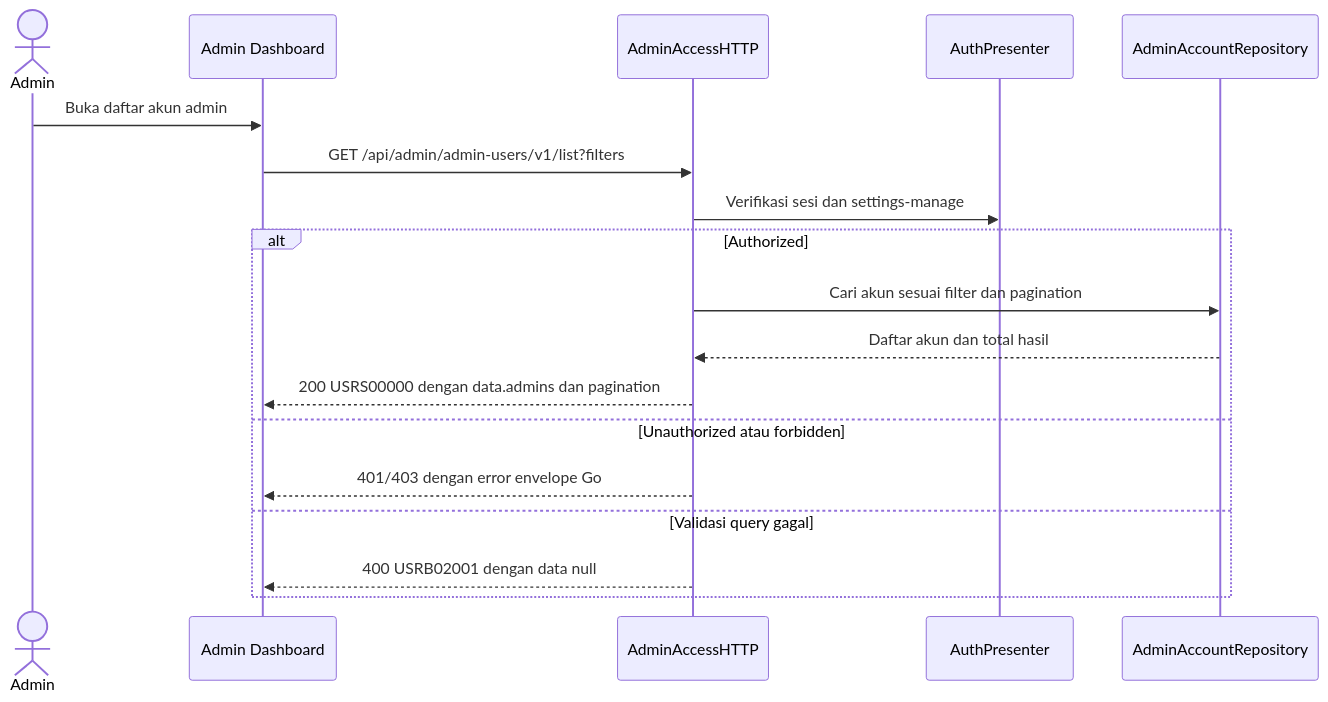
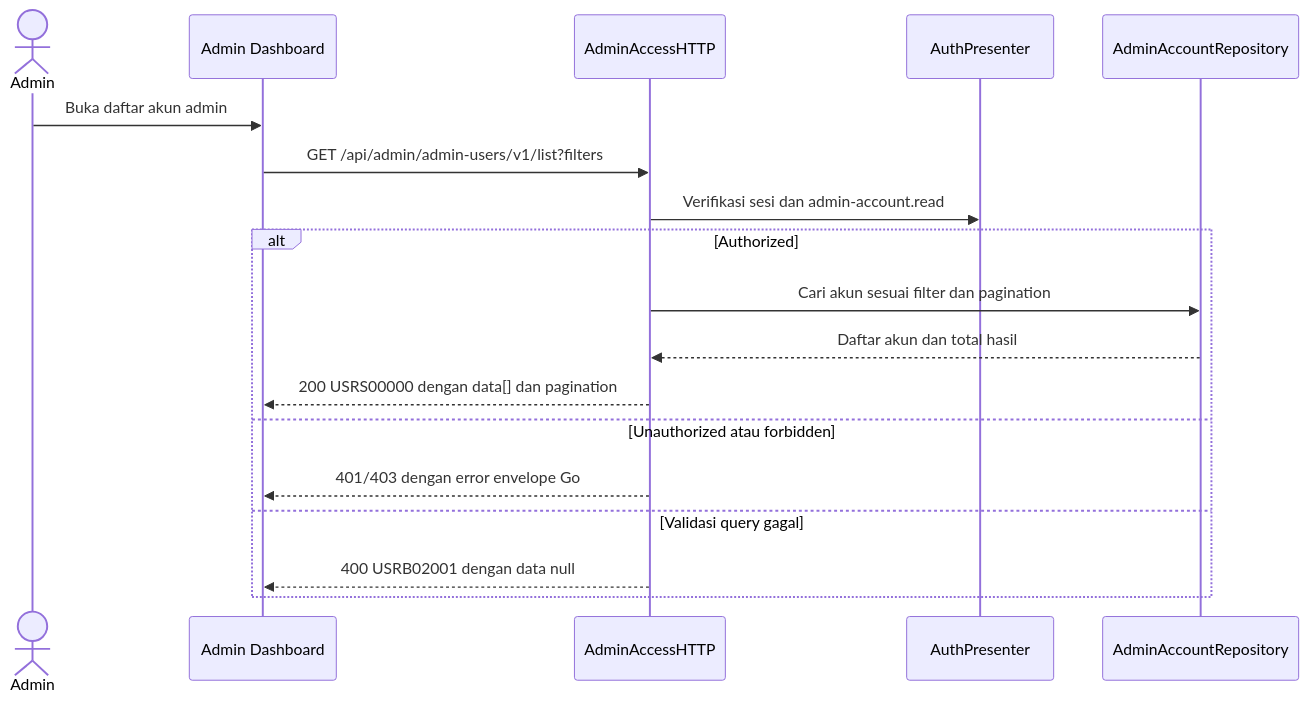
Before and after one commit to fatihmuhamadridho/docs-game-service-platform: the diagram in sprint-1/solutioning/dashboard/admin-accounts/get-list-admin-accounts.md, drawn with Mermaid. The commit also changed other lines of this file and 32 other files, not shown here.

````diff
--- a/sprint-1/solutioning/dashboard/admin-accounts/get-list-admin-accounts.md
+++ b/sprint-1/solutioning/dashboard/admin-accounts/get-list-admin-accounts.md
@@ -14,20 +14,20 @@
 ```mermaid
 sequenceDiagram
     actor Admin
     participant UI as Admin Dashboard
     participant API as AdminAccessHTTP
     participant Auth as AuthPresenter
     participant Repo as AdminAccountRepository
     Admin->>UI: Buka daftar akun admin
     UI->>API: GET /api/admin/admin-users/v1/list?filters
-    API->>Auth: Verifikasi sesi dan settings-manage
+    API->>Auth: Verifikasi sesi dan admin-account.read
     alt Authorized
         API->>Repo: Cari akun sesuai filter dan pagination
         Repo-->>API: Daftar akun dan total hasil
-        API-->>UI: 200 USRS00000 dengan data.admins dan pagination
+        API-->>UI: 200 USRS00000 dengan data[] dan pagination
     else Unauthorized atau forbidden
         API-->>UI: 401/403 dengan error envelope Go
     else Validasi query gagal
         API-->>UI: 400 USRB02001 dengan data null
     end
 ```
````
